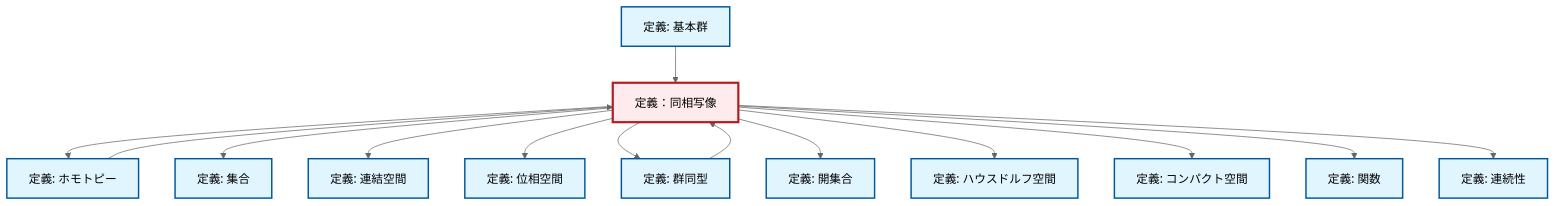
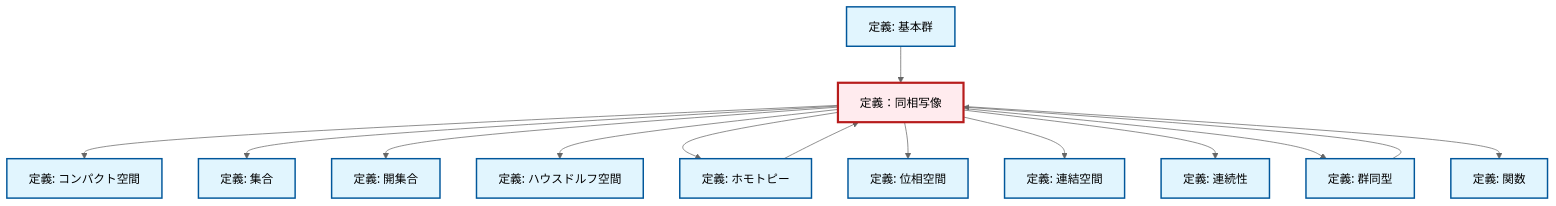
Before and after one commit to RK0429/ModernMath: the diagram in content/ja/topology/def-homeomorphism.qmd, drawn with Mermaid (neutral theme). The commit also changed other lines of this file and 328 other files, not shown here.

````diff
--- a/content/ja/topology/def-homeomorphism.qmd
+++ b/content/ja/topology/def-homeomorphism.qmd
@@ -104,46 +104,46 @@
 ```{mermaid}
 %%| fig-cap: "ローカル依存関係グラフ"
 graph TD
     classDef definition fill:#e1f5fe,stroke:#01579b,stroke-width:2px
     classDef theorem fill:#f3e5f5,stroke:#4a148c,stroke-width:2px
     classDef axiom fill:#fff3e0,stroke:#e65100,stroke-width:2px
     classDef example fill:#e8f5e9,stroke:#1b5e20,stroke-width:2px
     classDef current fill:#ffebee,stroke:#b71c1c,stroke-width:3px
+    def-hausdorff["定義: ハウスドルフ空間"]:::definition
+    def-open-set["定義: 開集合"]:::definition
+    def-homeomorphism["定義：同相写像"]:::definition
+    def-connected["定義: 連結空間"]:::definition
+    def-fundamental-group["定義: 基本群"]:::definition
+    def-function["定義: 関数"]:::definition
+    def-isomorphism["定義: 群同型"]:::definition
     def-set["定義: 集合"]:::definition
+    def-compact["定義: コンパクト空間"]:::definition
+    def-homotopy["定義: ホモトピー"]:::definition
     def-topological-space["定義: 位相空間"]:::definition
-    def-compact["定義: コンパクト空間"]:::definition
-    def-homeomorphism["定義：同相写像"]:::definition
-    def-isomorphism["定義: 群同型"]:::definition
-    def-function["定義: 関数"]:::definition
-    def-homotopy["定義: ホモトピー"]:::definition
-    def-open-set["定義: 開集合"]:::definition
-    def-fundamental-group["定義: 基本群"]:::definition
     def-continuity["定義: 連続性"]:::definition
-    def-hausdorff["定義: ハウスドルフ空間"]:::definition
-    def-connected["定義: 連結空間"]:::definition
-    def-homeomorphism --> def-homotopy
+    def-homeomorphism --> def-compact
     def-homeomorphism --> def-set
-    def-isomorphism --> def-homeomorphism
-    def-homeomorphism --> def-connected
-    def-homeomorphism --> def-topological-space
-    def-homeomorphism --> def-isomorphism
     def-homeomorphism --> def-open-set
     def-homeomorphism --> def-hausdorff
+    def-homeomorphism --> def-homotopy
+    def-homeomorphism --> def-topological-space
     def-fundamental-group --> def-homeomorphism
-    def-homeomorphism --> def-compact
+    def-homeomorphism --> def-connected
+    def-isomorphism --> def-homeomorphism
+    def-homeomorphism --> def-continuity
     def-homotopy --> def-homeomorphism
+    def-homeomorphism --> def-isomorphism
     def-homeomorphism --> def-function
-    def-homeomorphism --> def-continuity
     class def-homeomorphism current
+    click def-hausdorff "def-hausdorff.html" "ハウスドルフ空間の定義へ"
+    click def-open-set "def-open-set.html" "開集合の定義へ"
+    click def-connected "def-connected.html" "連結空間の定義へ"
+    click def-fundamental-group "def-fundamental-group.html" "基本群の定義へ"
+    click def-function "def-function.html" "関数の定義へ"
+    click def-isomorphism "def-isomorphism.html" "群同型の定義へ"
     click def-set "def-set.html" "集合の定義へ"
+    click def-compact "def-compact.html" "コンパクト空間の定義へ"
+    click def-homotopy "def-homotopy.html" "ホモトピーの定義へ"
     click def-topological-space "def-topological-space.html" "位相空間の定義へ"
-    click def-compact "def-compact.html" "コンパクト空間の定義へ"
-    click def-isomorphism "def-isomorphism.html" "群同型の定義へ"
-    click def-function "def-function.html" "関数の定義へ"
-    click def-homotopy "def-homotopy.html" "ホモトピーの定義へ"
-    click def-open-set "def-open-set.html" "開集合の定義へ"
-    click def-fundamental-group "def-fundamental-group.html" "基本群の定義へ"
     click def-continuity "def-continuity.html" "連続性の定義へ"
-    click def-hausdorff "def-hausdorff.html" "ハウスドルフ空間の定義へ"
-    click def-connected "def-connected.html" "連結空間の定義へ"
 ```
````
